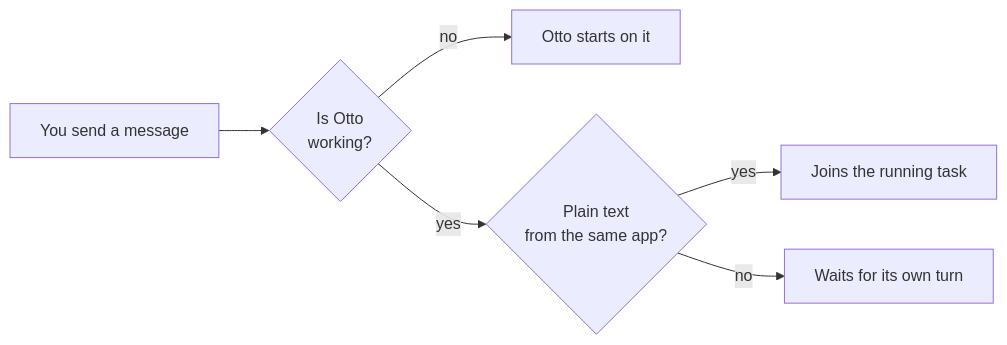
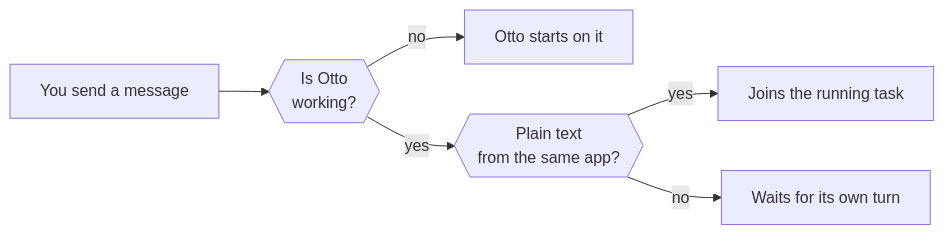
One commit to n8n-io/nod changed the diagram in docs/src/content/docs/use/chat.md. Above: the diagram before and after it, drawn with Mermaid. The commit also changed 54 other files, not shown here.

````diff
--- a/docs/src/content/docs/use/chat.md
+++ b/docs/src/content/docs/use/chat.md
@@ -25,8 +25,8 @@
 ```mermaid
 flowchart LR
-  new[You send a message] --> busy{Is Otto<br/>working?}
+  new[You send a message] --> busy{{Is Otto<br/>working?}}
   busy -- no --> run[Otto starts on it]:::go
-  busy -- yes --> plain{Plain text<br/>from the same app?}
+  busy -- yes --> plain{{Plain text<br/>from the same app?}}
   plain -- yes --> join[Joins the running task]:::accent
   plain -- no --> queue[Waits for its own turn]:::muted
 ```
````
